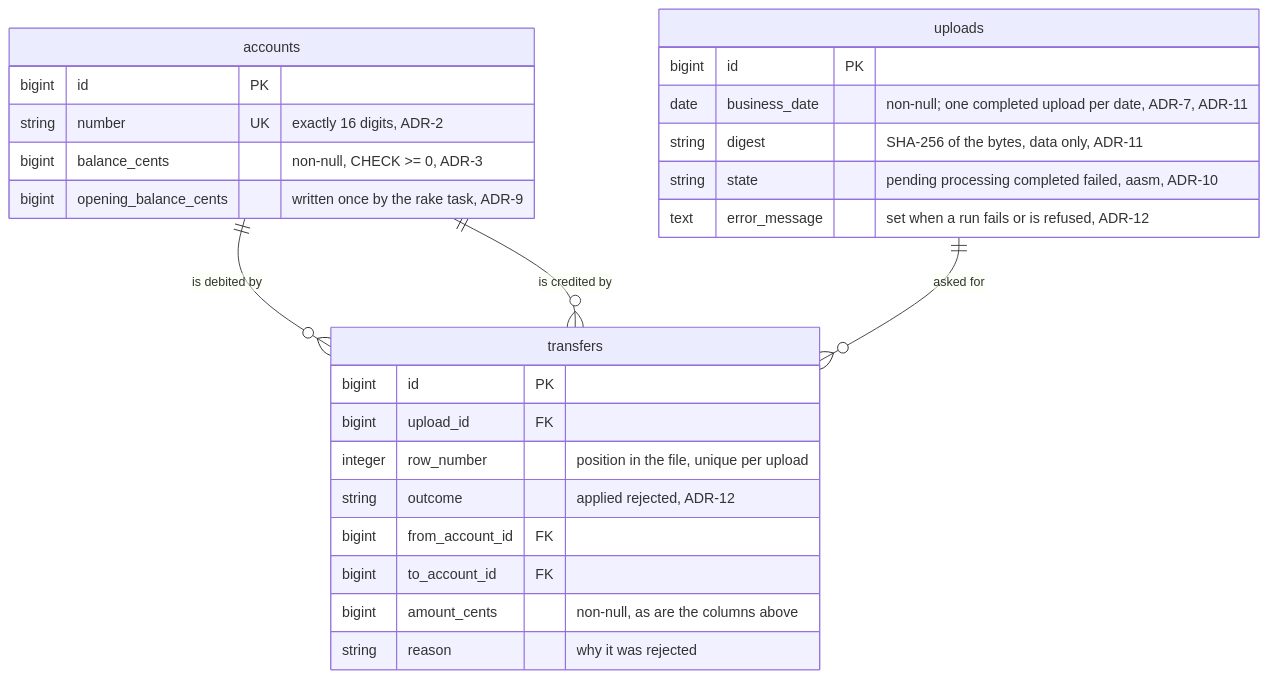
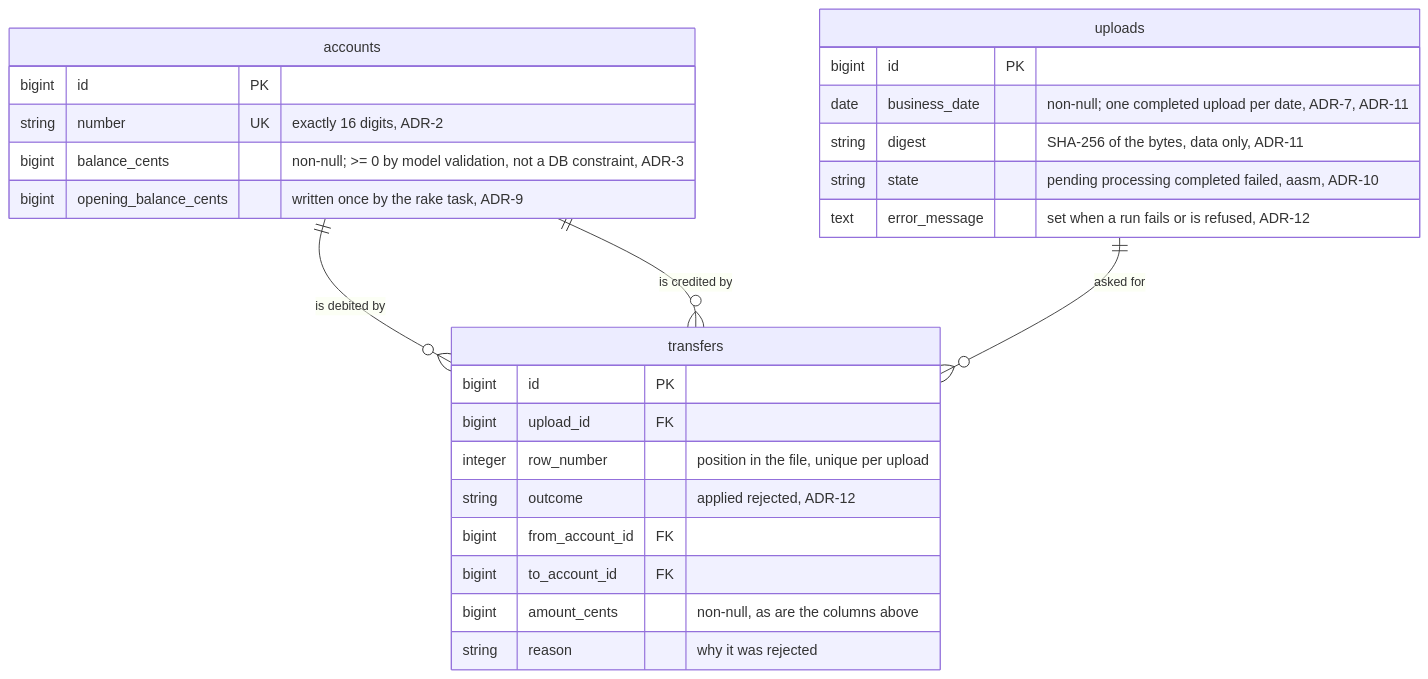
Before and after one commit to curious-lab-org/transfer_uploader: the diagram in README.md, drawn with Mermaid. The commit also changed 2 other files, not shown here.

Commit message:
Create rake task to import balances

````diff
--- a/README.md
+++ b/README.md
@@ -151,32 +151,32 @@
 ```mermaid
 erDiagram
     accounts ||--o{ transfers : "is debited by"
     accounts ||--o{ transfers : "is credited by"
     uploads  ||--o{ transfers : "asked for"
 
     accounts {
         bigint id PK
         string number UK "exactly 16 digits, ADR-2"
-        bigint balance_cents "non-null, CHECK >= 0, ADR-3"
+        bigint balance_cents "non-null; >= 0 by model validation, not a DB constraint, ADR-3"
         bigint opening_balance_cents "written once by the rake task, ADR-9"
     }
 
     uploads {
         bigint id PK
         date business_date "non-null; one completed upload per date, ADR-7, ADR-11"
         string digest "SHA-256 of the bytes, data only, ADR-11"
         string state "pending processing completed failed, aasm, ADR-10"
         text error_message "set when a run fails or is refused, ADR-12"
     }
 
     transfers {
         bigint id PK
         bigint upload_id FK
         integer row_number "position in the file, unique per upload"
         string outcome "applied rejected, ADR-12"
         bigint from_account_id FK
         bigint to_account_id FK
         bigint amount_cents "non-null, as are the columns above"
         string reason "why it was rejected"
     }
 ```
````
